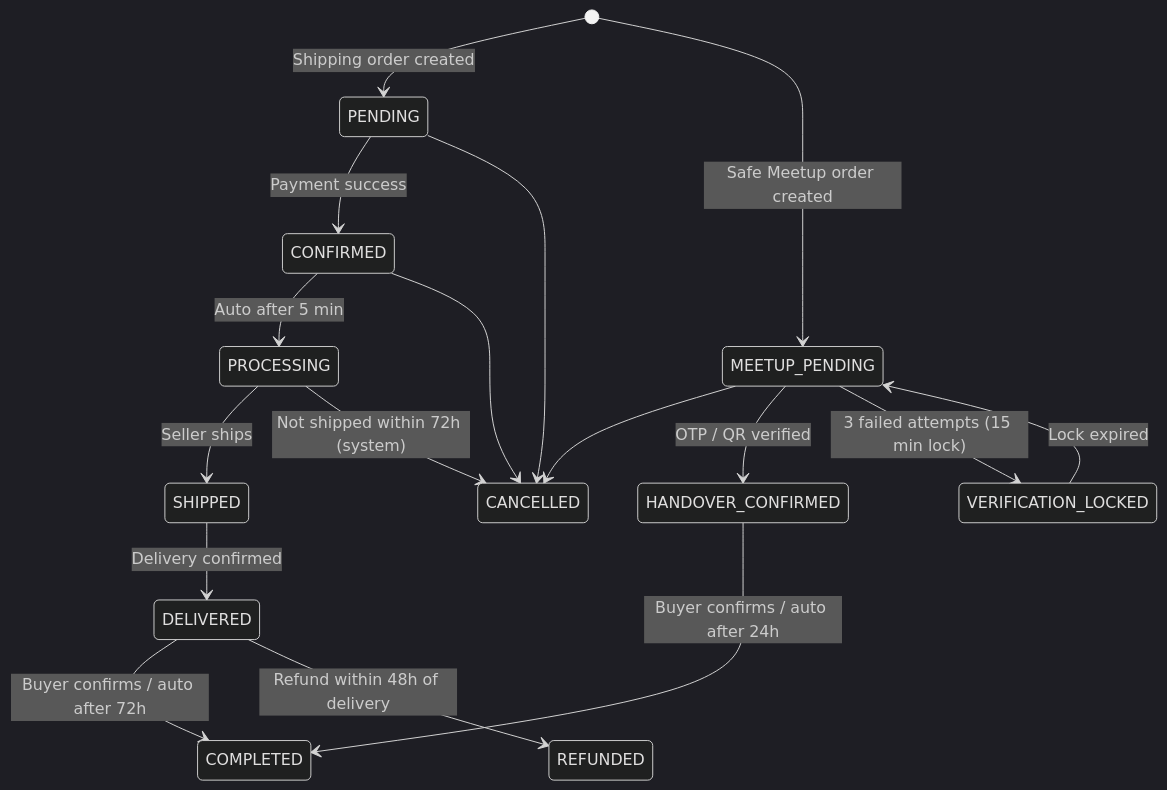
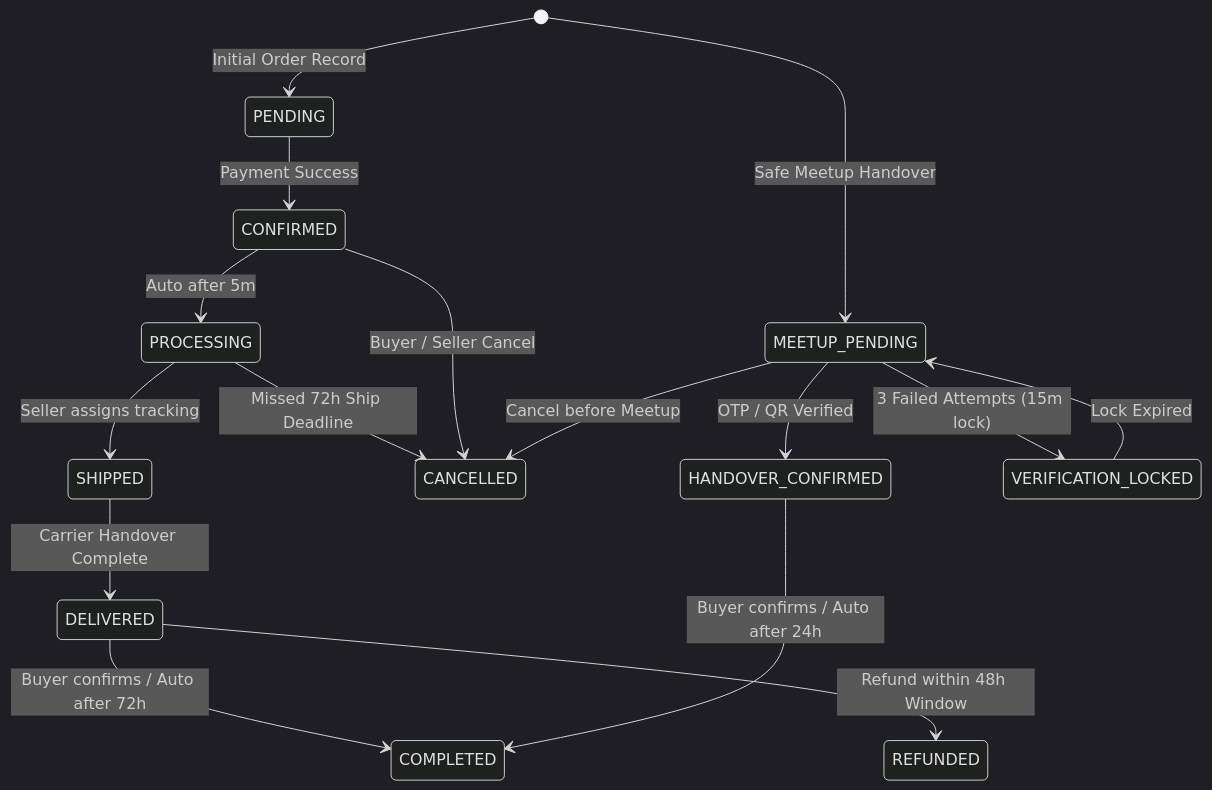
The second of 2 diagrams in src/main/java/com/serhat/secondhand/order/README.md (Shyesilbas/secondHand), drawn with Mermaid (dark theme) before and after one commit. The commit also changed other lines of this file and 33 other files, not shown here.

First line of the commit message:
docs: upgrade all backend module readmes and architectural documentation to enterprise gold standard

````diff
--- a/src/main/java/com/serhat/secondhand/order/README.md
+++ b/src/main/java/com/serhat/secondhand/order/README.md
@@ -24,21 +88,19 @@
 ```mermaid
 stateDiagram-v2
-    [*] --> PENDING: Shipping order created
-    [*] --> MEETUP_PENDING: Safe Meetup order created
-    PENDING --> CONFIRMED: Payment success
-    CONFIRMED --> PROCESSING: Auto after 5 min
-    PROCESSING --> SHIPPED: Seller ships
-    PROCESSING --> CANCELLED: Not shipped within 72h (system)
-    SHIPPED --> DELIVERED: Delivery confirmed
-    DELIVERED --> COMPLETED: Buyer confirms / auto after 72h
-    DELIVERED --> REFUNDED: Refund within 48h of delivery
+    [*] --> PENDING: Initial Order Record
+    [*] --> MEETUP_PENDING: Safe Meetup Handover
+    PENDING --> CONFIRMED: Payment Success
+    CONFIRMED --> PROCESSING: Auto after 5m
+    PROCESSING --> SHIPPED: Seller assigns tracking
+    PROCESSING --> CANCELLED: Missed 72h Ship Deadline
+    SHIPPED --> DELIVERED: Carrier Handover Complete
+    DELIVERED --> COMPLETED: Buyer confirms / Auto after 72h
+    DELIVERED --> REFUNDED: Refund within 48h Window
 
-    PENDING --> CANCELLED
-    CONFIRMED --> CANCELLED
-    MEETUP_PENDING --> CANCELLED
-
-    MEETUP_PENDING --> HANDOVER_CONFIRMED: OTP / QR verified
-    MEETUP_PENDING --> VERIFICATION_LOCKED: 3 failed attempts (15 min lock)
-    VERIFICATION_LOCKED --> MEETUP_PENDING: Lock expired
-    HANDOVER_CONFIRMED --> COMPLETED: Buyer confirms / auto after 24h
+    CONFIRMED --> CANCELLED: Buyer / Seller Cancel
+    MEETUP_PENDING --> CANCELLED: Cancel before Meetup
+    MEETUP_PENDING --> HANDOVER_CONFIRMED: OTP / QR Verified
+    MEETUP_PENDING --> VERIFICATION_LOCKED: 3 Failed Attempts (15m lock)
+    VERIFICATION_LOCKED --> MEETUP_PENDING: Lock Expired
+    HANDOVER_CONFIRMED --> COMPLETED: Buyer confirms / Auto after 24h
 ```
````
